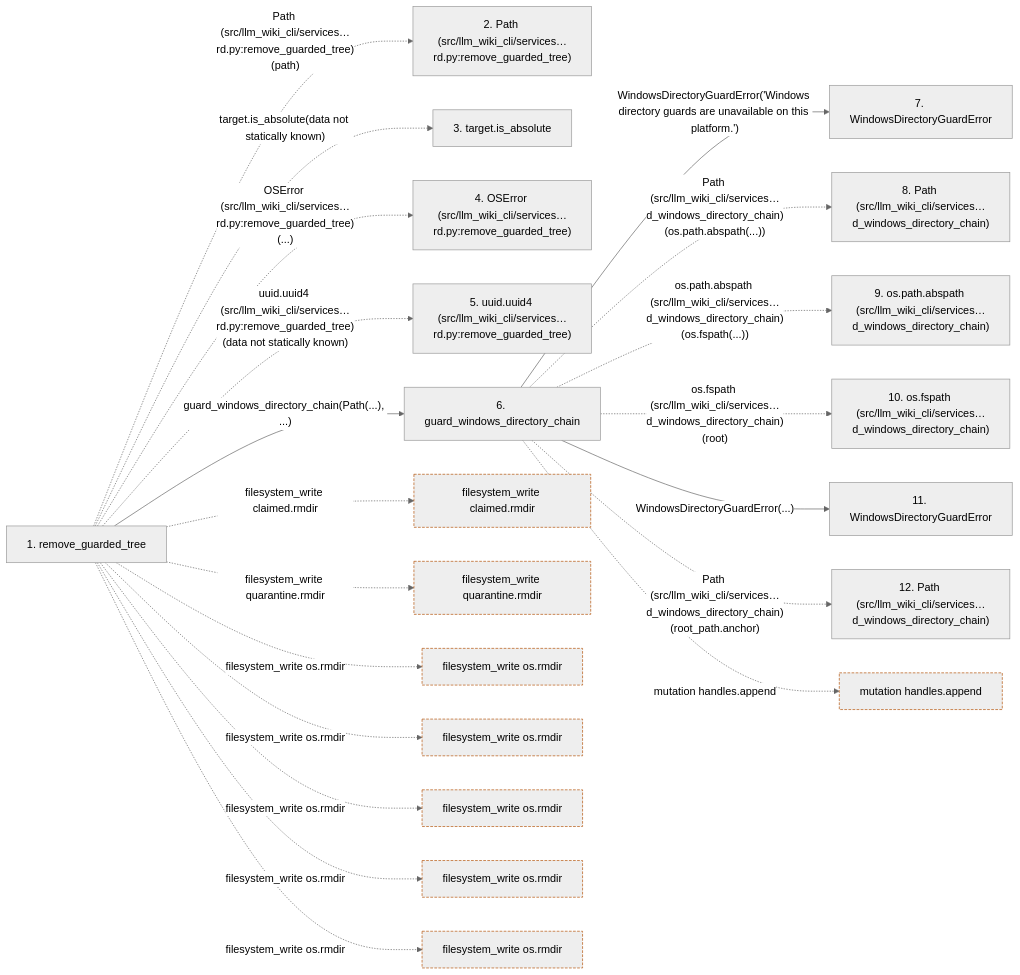
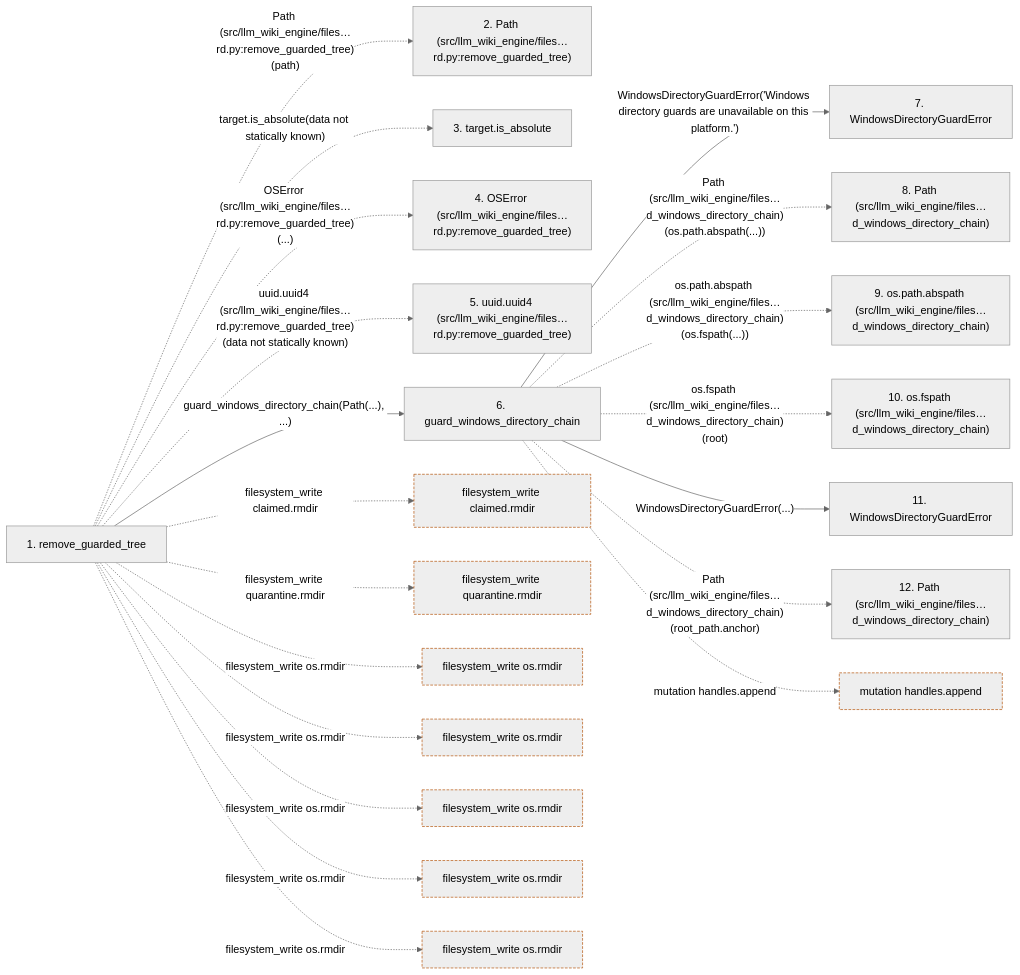
One commit to Denissvgn/python-wiki-llm changed the second of 2 diagrams in docs/llm_wiki/flows/api-remove_guarded_tree.md. Above: the diagram before and after it, drawn with Mermaid (neutral theme). The commit also changed other lines of this file and 739 other files, not shown here.

First line of the commit message:
docs: refresh the wiki for the second engine batch

````diff
--- a/docs/llm_wiki/flows/api-remove_guarded_tree.md
+++ b/docs/llm_wiki/flows/api-remove_guarded_tree.md
@@ -126,55 +126,55 @@
 ```mermaid
 flowchart LR
     s1["1. remove_guarded_tree"]
-    s2["2. Path (src/llm_wiki_cli/services…rd.py:remove_guarded_tree)"]
+    s2["2. Path (src/llm_wiki_engine/files…rd.py:remove_guarded_tree)"]
     s3["3. target.is_absolute"]
-    s4["4. OSError (src/llm_wiki_cli/services…rd.py:remove_guarded_tree)"]
-    s5["5. uuid.uuid4 (src/llm_wiki_cli/services…rd.py:remove_guarded_tree)"]
+    s4["4. OSError (src/llm_wiki_engine/files…rd.py:remove_guarded_tree)"]
+    s5["5. uuid.uuid4 (src/llm_wiki_engine/files…rd.py:remove_guarded_tree)"]
     s6["6. guard_windows_directory_chain"]
     s7["7. WindowsDirectoryGuardError"]
-    s8["8. Path (src/llm_wiki_cli/services…d_windows_directory_chain)"]
-    s9["9. os.path.abspath (src/llm_wiki_cli/services…d_windows_directory_chain)"]
-    s10["10. os.fspath (src/llm_wiki_cli/services…d_windows_directory_chain)"]
+    s8["8. Path (src/llm_wiki_engine/files…d_windows_directory_chain)"]
+    s9["9. os.path.abspath (src/llm_wiki_engine/files…d_windows_directory_chain)"]
+    s10["10. os.fspath (src/llm_wiki_engine/files…d_windows_directory_chain)"]
     s11["11. WindowsDirectoryGuardError"]
-    s12["12. Path (src/llm_wiki_cli/services…d_windows_directory_chain)"]
-    s1 -. "Path (src/llm_wiki_cli/services…rd.py:remove_guarded_tree)(path)" .-> s2
+    s12["12. Path (src/llm_wiki_engine/files…d_windows_directory_chain)"]
+    s1 -. "Path (src/llm_wiki_engine/files…rd.py:remove_guarded_tree)(path)" .-> s2
     s1 -. "target.is_absolute(data not statically known)" .-> s3
-    s1 -. "OSError (src/llm_wiki_cli/services…rd.py:remove_guarded_tree)(...)" .-> s4
-    s1 -. "uuid.uuid4 (src/llm_wiki_cli/services…rd.py:remove_guarded_tree)(data not statically known)" .-> s5
+    s1 -. "OSError (src/llm_wiki_engine/files…rd.py:remove_guarded_tree)(...)" .-> s4
+    s1 -. "uuid.uuid4 (src/llm_wiki_engine/files…rd.py:remove_guarded_tree)(data not statically known)" .-> s5
     s1 -->|"guard_windows_directory_chain(Path(...), ...)"| s6
     s6 -->|"WindowsDirectoryGuardError('Windows directory guards are unavailable on this platform.')"| s7
-    s6 -. "Path (src/llm_wiki_cli/services…d_windows_directory_chain)(os.path.abspath(...))" .-> s8
-    s6 -. "os.path.abspath (src/llm_wiki_cli/services…d_windows_directory_chain)(os.fspath(...))" .-> s9
-    s6 -. "os.fspath (src/llm_wiki_cli/services…d_windows_directory_chain)(root)" .-> s10
+    s6 -. "Path (src/llm_wiki_engine/files…d_windows_directory_chain)(os.path.abspath(...))" .-> s8
+    s6 -. "os.path.abspath (src/llm_wiki_engine/files…d_windows_directory_chain)(os.fspath(...))" .-> s9
+    s6 -. "os.fspath (src/llm_wiki_engine/files…d_windows_directory_chain)(root)" .-> s10
     s6 -->|"WindowsDirectoryGuardError(...)"| s11
-    s6 -. "Path (src/llm_wiki_cli/services…d_windows_directory_chain)(root_path.anchor)" .-> s12
+    s6 -. "Path (src/llm_wiki_engine/files…d_windows_directory_chain)(root_path.anchor)" .-> s12
     b0["filesystem_write claimed.rmdir"]
     s1 -. "filesystem_write claimed.rmdir" .-> b0
     b1["filesystem_write quarantine.rmdir"]
     s1 -. "filesystem_write quarantine.rmdir" .-> b1
     b2["filesystem_write os.rmdir"]
     s1 -. "filesystem_write os.rmdir" .-> b2
     b3["filesystem_write os.rmdir"]
     s1 -. "filesystem_write os.rmdir" .-> b3
     b4["filesystem_write os.rmdir"]
     s1 -. "filesystem_write os.rmdir" .-> b4
     b5["filesystem_write os.rmdir"]
     s1 -. "filesystem_write os.rmdir" .-> b5
     b6["filesystem_write os.rmdir"]
     s1 -. "filesystem_write os.rmdir" .-> b6
     b7["mutation handles.append"]
     s6 -. "mutation handles.append" .-> b7
     click s1 "../modules/filesystem_guard.md"
     click s6 "../modules/filesystem_guard.md"
     click s7 "../modules/filesystem_guard.md"
     click s11 "../modules/filesystem_guard.md"
     classDef boundary stroke:#b45309,stroke-dasharray: 4 2
     class b0 boundary
     class b1 boundary
     class b2 boundary
     class b3 boundary
     class b4 boundary
     class b5 boundary
     class b6 boundary
     class b7 boundary
 ```
````
